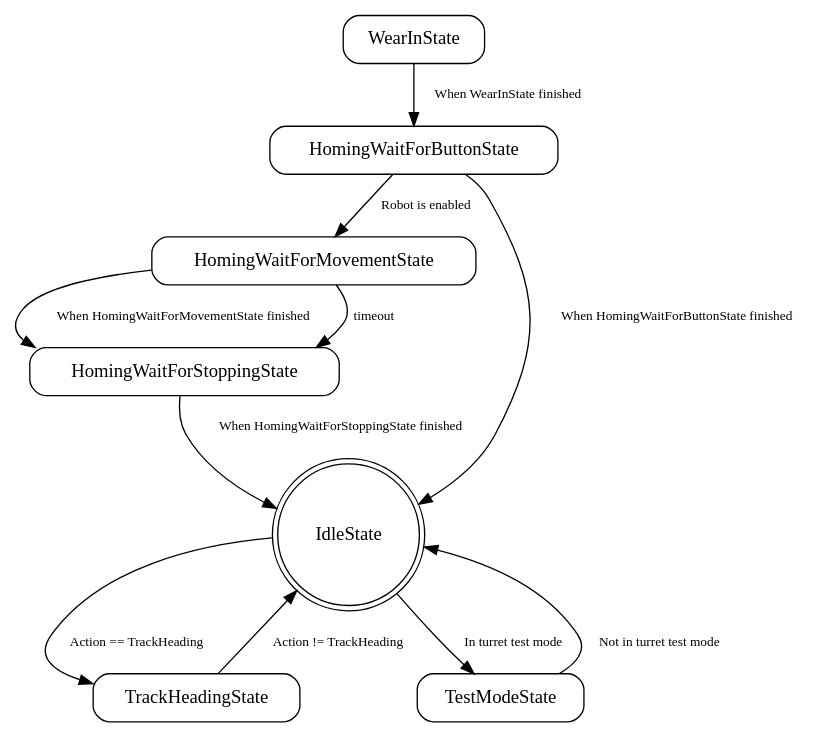
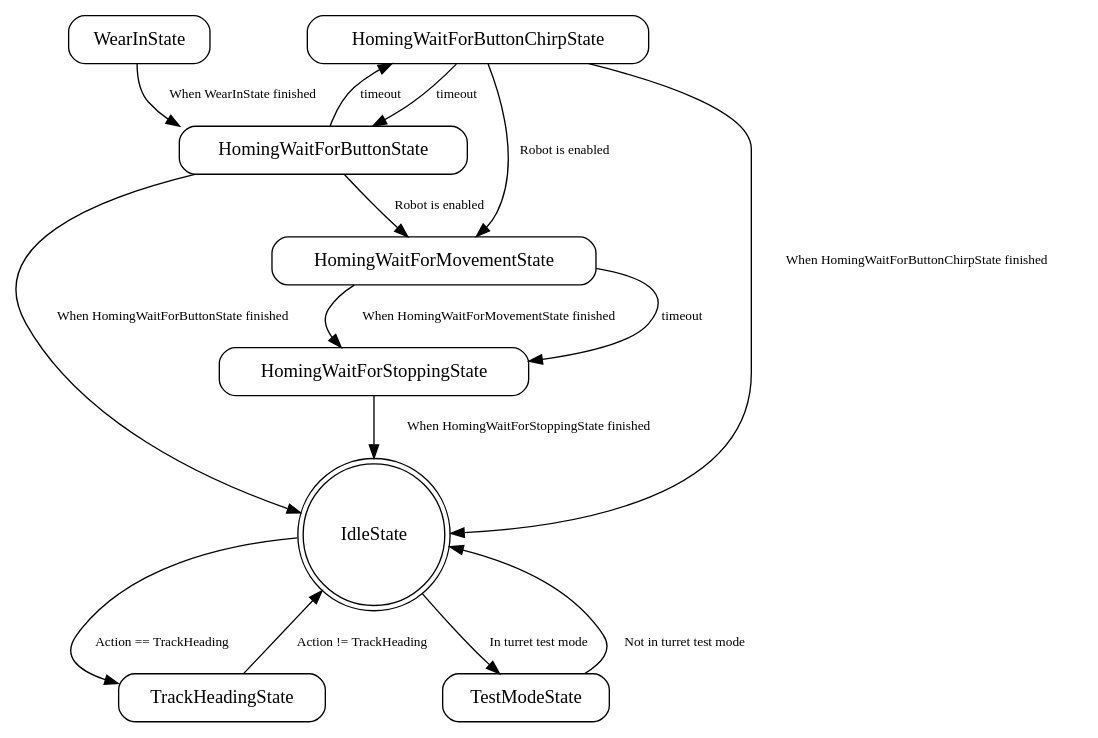
One commit to team401/2026-Robot-Code changed the diagram in state_machine_graphs/turret.dot. Above: the diagram before and after it, drawn with Graphviz. The commit also changed 3 other files, not shown here.

```diff
--- a/state_machine_graphs/turret.dot
+++ b/state_machine_graphs/turret.dot
@@ -1,44 +1,50 @@
 digraph {
 
   // Graphviz Format settings
 
   node [
     shape=box,
     style=rounded
   ];
 
   edge [
     fontsize=10
   ];
 
 
   // States
 
   HomingWaitForMovementState ;
   HomingWaitForStoppingState ;
   IdleState [shape=doublecircle];
   WearInState ;
+  HomingWaitForButtonChirpState ;
   TrackHeadingState ;
   TestModeState ;
   HomingWaitForButtonState ;
 
   // Transitions
 
   HomingWaitForMovementState -> HomingWaitForStoppingState [label="When HomingWaitForMovementState finished"];
   HomingWaitForMovementState -> HomingWaitForStoppingState [label="timeout"];
 
   HomingWaitForStoppingState -> IdleState [label="When HomingWaitForStoppingState finished"];
 
   IdleState -> TestModeState [label="In turret test mode"];
   IdleState -> TrackHeadingState [label="Action == TrackHeading"];
 
   WearInState -> HomingWaitForButtonState [label="When WearInState finished"];
 
+  HomingWaitForButtonChirpState -> IdleState [label="When HomingWaitForButtonChirpState finished"];
+  HomingWaitForButtonChirpState -> HomingWaitForButtonState [label="timeout"];
+  HomingWaitForButtonChirpState -> HomingWaitForMovementState [label="Robot is enabled"];
+
   TrackHeadingState -> IdleState [label="Action != TrackHeading"];
 
   TestModeState -> IdleState [label="Not in turret test mode"];
 
   HomingWaitForButtonState -> IdleState [label="When HomingWaitForButtonState finished"];
+  HomingWaitForButtonState -> HomingWaitForButtonChirpState [label="timeout"];
   HomingWaitForButtonState -> HomingWaitForMovementState [label="Robot is enabled"];
 
 }
```
